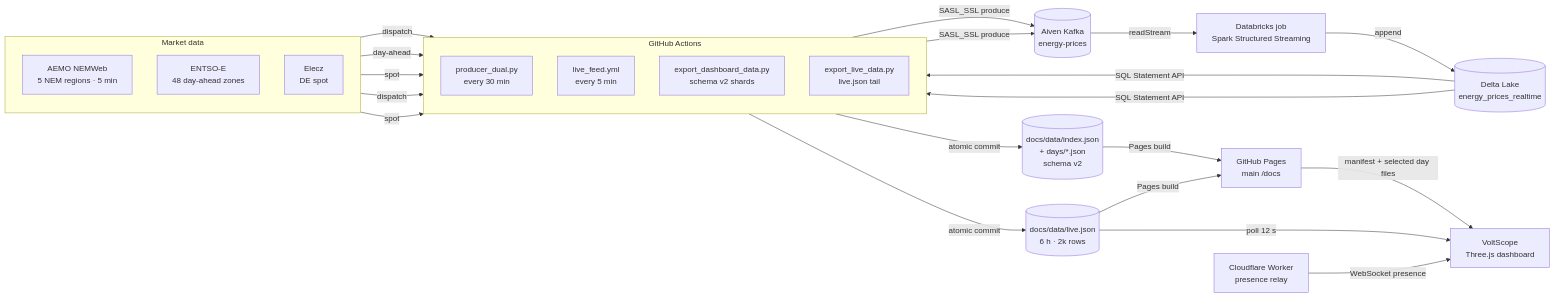
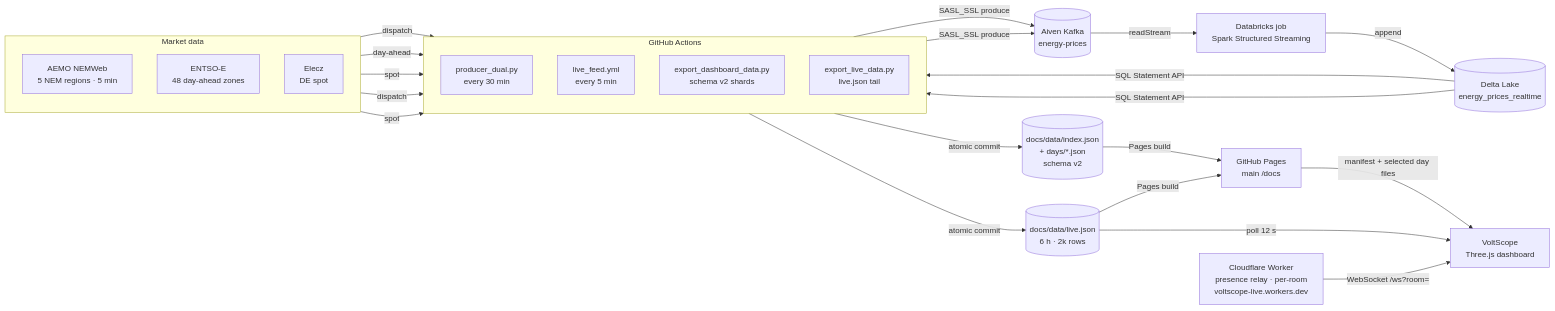
Before and after one commit to mdsarfarazalam840/Energy-realtime: the first of 4 diagrams in README.md, drawn with Mermaid. The commit also changed other lines of this file, not shown here.

First line of the commit message:
docs: update README with deployed relay, per-room diagrams, and diagrams section

````diff
--- a/README.md
+++ b/README.md
@@ -141,45 +141,45 @@
 ```mermaid
 flowchart LR
   subgraph Sources["Market data"]
     direction TB
     A["AEMO NEMWeb<br/>5 NEM regions · 5 min"]
     E["ENTSO-E<br/>48 day-ahead zones"]
     Z["Elecz<br/>DE spot"]
   end
 
   subgraph CICD["GitHub Actions"]
     direction TB
     P["producer_dual.py<br/>every 30 min"]
     L["live_feed.yml<br/>every 5 min"]
     X["export_dashboard_data.py<br/>schema v2 shards"]
     Y["export_live_data.py<br/>live.json tail"]
   end
 
   K[("Aiven Kafka<br/>energy-prices")]
   D["Databricks job<br/>Spark Structured Streaming"]
   T[("Delta Lake<br/>energy_prices_realtime")]
   S[("docs/data/index.json<br/>+ days/*.json<br/>schema v2")]
   V[("docs/data/live.json<br/>6 h · 2k rows")]
-  R["Cloudflare Worker<br/>presence relay"]
+  R["Cloudflare Worker<br/>presence relay · per-room<br/>voltscope-live.workers.dev"]
   PAGES["GitHub Pages<br/>main /docs"]
   UI["VoltScope<br/>Three.js dashboard"]
 
   A -->|"dispatch"| P
   E -->|"day-ahead"| P
   Z -->|"spot"| P
   A -->|"dispatch"| L
   Z -->|"spot"| L
   P -->|"SASL_SSL produce"| K
   L -->|"SASL_SSL produce"| K
   K -->|"readStream"| D
   D -->|"append"| T
   T -->|"SQL Statement API"| X
   T -->|"SQL Statement API"| Y
   X -->|"atomic commit"| S
   Y -->|"atomic commit"| V
   S -->|"Pages build"| PAGES
   V -->|"Pages build"| PAGES
   PAGES -->|"manifest + selected day files"| UI
   V -->|"poll 12 s"| UI
-  R -->|"WebSocket presence"| UI
+  R -->|"WebSocket /ws?room=<page>"| UI
 ```
````
